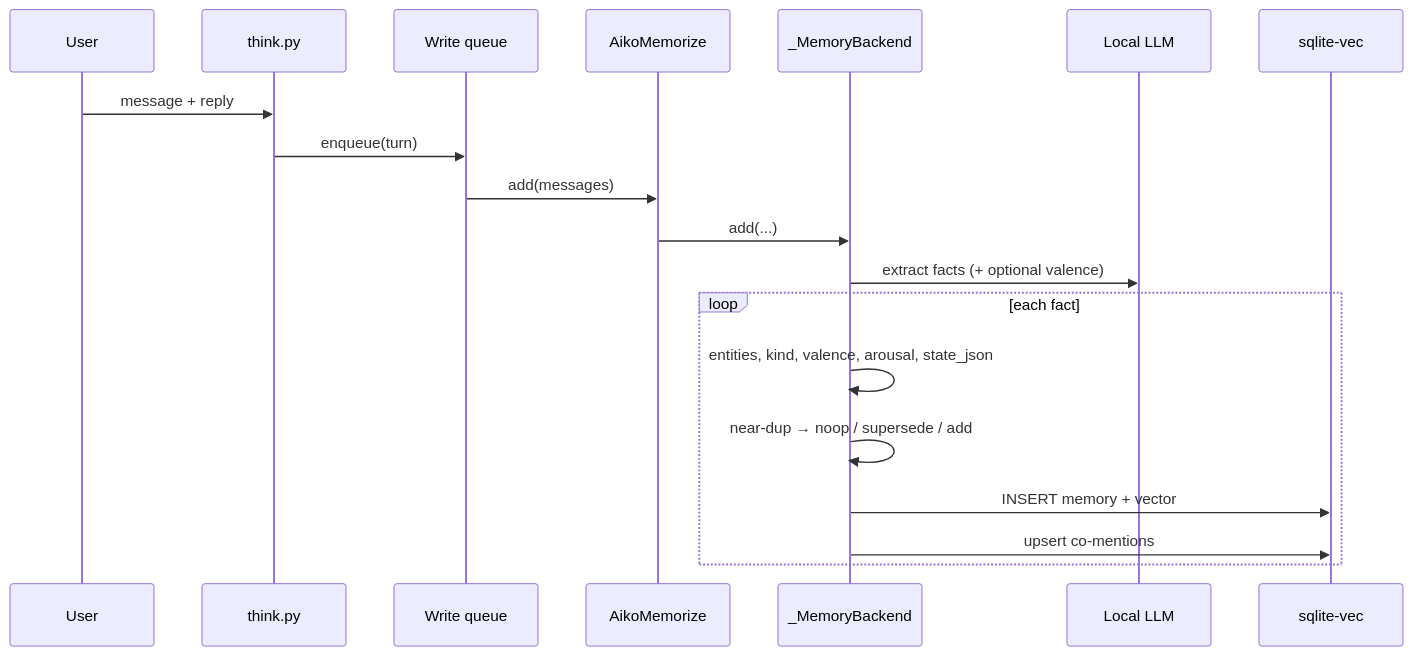
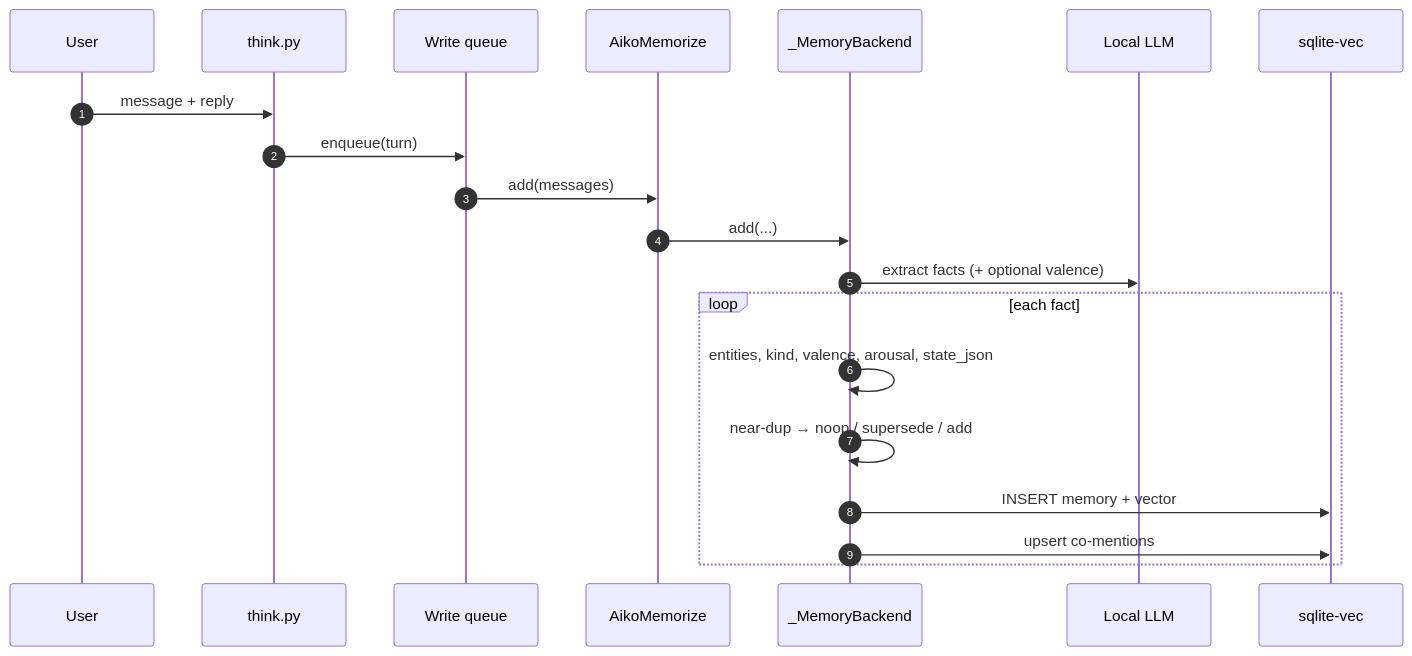
The third of 11 diagrams in papers/Memory architecture.md (OppaAI/Aiko-chan), drawn with Mermaid before and after one commit. The commit also changed other lines of this file and 4 other files, not shown here.

````diff
--- a/papers/Memory architecture.md
+++ b/papers/Memory architecture.md
@@ -112,22 +151,23 @@
 ```mermaid
 sequenceDiagram
+  autonumber
   participant User
   participant Think as think.py
   participant Queue as Write queue
   participant Mem as AikoMemorize
   participant BE as _MemoryBackend
   participant LLM as Local LLM
   participant DB as sqlite-vec
 
   User->>Think: message + reply
   Think->>Queue: enqueue(turn)
   Queue->>Mem: add(messages)
   Mem->>BE: add(...)
   BE->>LLM: extract facts (+ optional valence)
   loop each fact
     BE->>BE: entities, kind, valence, arousal, state_json
     BE->>BE: near-dup → noop / supersede / add
     BE->>DB: INSERT memory + vector
     BE->>DB: upsert co-mentions
   end
 ```
````
